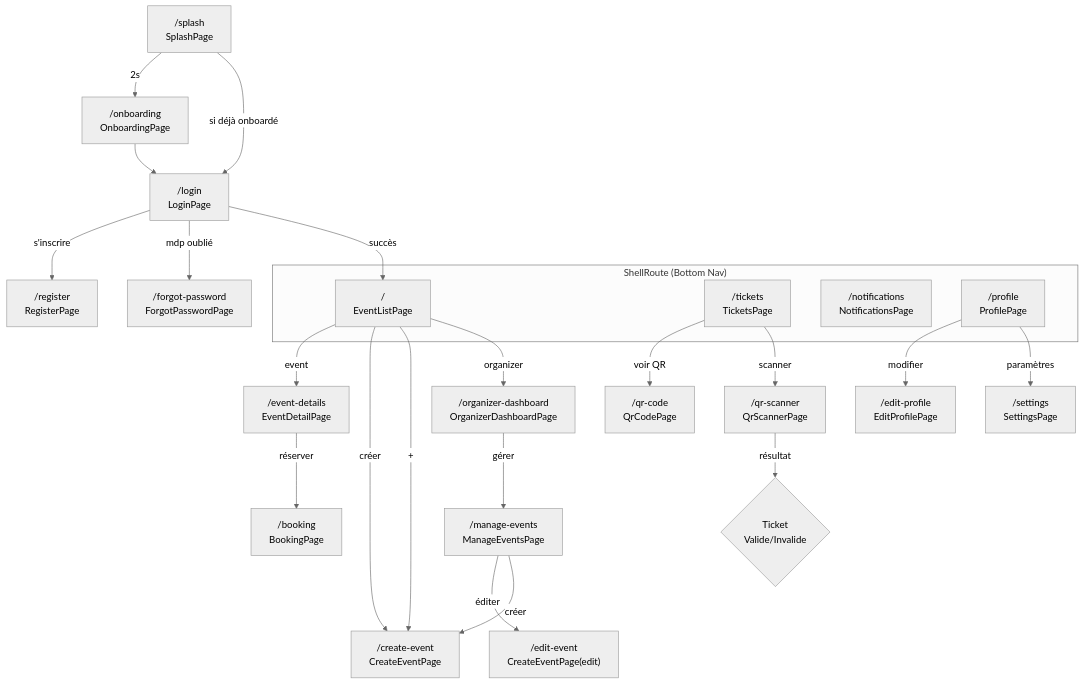
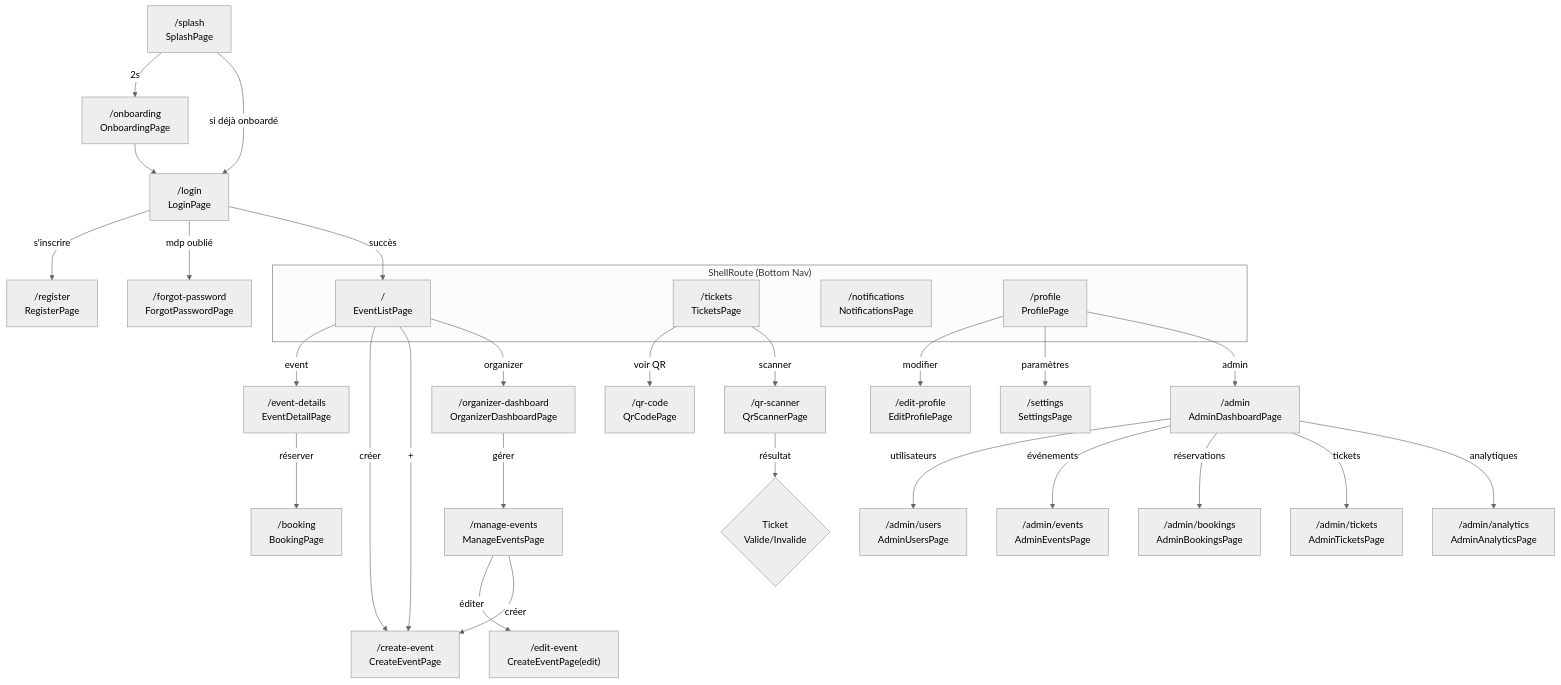
Before and after one commit to 24231-Brahim/pi-eventhub: the sixth of 13 diagrams in FICHE_EXTRACTION_EVENTHUB.md, drawn with Mermaid (neutral theme). The commit also changed other lines of this file and 13 other files, not shown here.

````diff
--- a/FICHE_EXTRACTION_EVENTHUB.md
+++ b/FICHE_EXTRACTION_EVENTHUB.md
@@ -669,31 +716,38 @@
 ```mermaid
 graph TD
     START["/splash<br/>SplashPage"] -->|"2s"| ONBOARD["/onboarding<br/>OnboardingPage"]
     START -->|"si déjà onboardé"| LOGIN["/login<br/>LoginPage"]
     ONBOARD --> LOGIN
     LOGIN -->|"s'inscrire"| REG["/register<br/>RegisterPage"]
     LOGIN -->|"mdp oublié"| FP["/forgot-password<br/>ForgotPasswordPage"]
     LOGIN -->|"succès"| HOME
 
     subgraph "ShellRoute (Bottom Nav)"
         HOME["/<br/>EventListPage"]
         TICK["/tickets<br/>TicketsPage"]
         NOTIF["/notifications<br/>NotificationsPage"]
         PROF["/profile<br/>ProfilePage"]
     end
 
     HOME -->|"event"| DETAIL["/event-details<br/>EventDetailPage"]
     HOME -->|"créer"| CREATE["/create-event<br/>CreateEventPage"]
     HOME -->|"+"| CREATE
     DETAIL -->|"réserver"| BOOK["/booking<br/>BookingPage"]
     TICK -->|"voir QR"| QR["/qr-code<br/>QrCodePage"]
     TICK -->|"scanner"| SCAN["/qr-scanner<br/>QrScannerPage"]
     PROF -->|"modifier"| EDIT["/edit-profile<br/>EditProfilePage"]
     PROF -->|"paramètres"| SETT["/settings<br/>SettingsPage"]
 
     HOME -->|"organizer"| DASH["/organizer-dashboard<br/>OrganizerDashboardPage"]
     DASH -->|"gérer"| MGMT["/manage-events<br/>ManageEventsPage"]
     MGMT -->|"éditer"| EDIT_EVT["/edit-event<br/>CreateEventPage(edit)"]
     MGMT -->|"créer"| CREATE
     SCAN -->|"résultat"| VALID{"Ticket<br/>Valide/Invalide"}
+
+    PROF -->|"admin"| ADMIN["/admin<br/>AdminDashboardPage"]
+    ADMIN -->|"utilisateurs"| ADM_USR["/admin/users<br/>AdminUsersPage"]
+    ADMIN -->|"événements"| ADM_EVT["/admin/events<br/>AdminEventsPage"]
+    ADMIN -->|"réservations"| ADM_BOK["/admin/bookings<br/>AdminBookingsPage"]
+    ADMIN -->|"tickets"| ADM_TKT["/admin/tickets<br/>AdminTicketsPage"]
+    ADMIN -->|"analytiques"| ADM_ANL["/admin/analytics<br/>AdminAnalyticsPage"]
 ```
````
